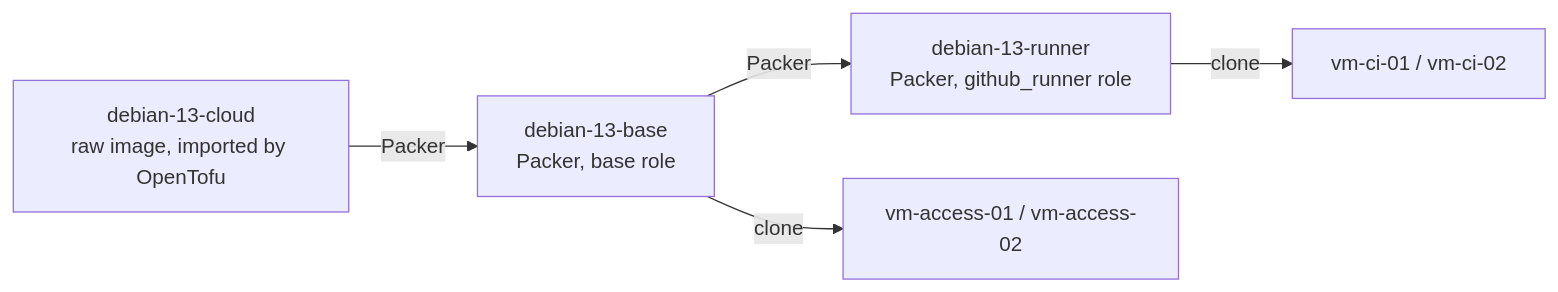
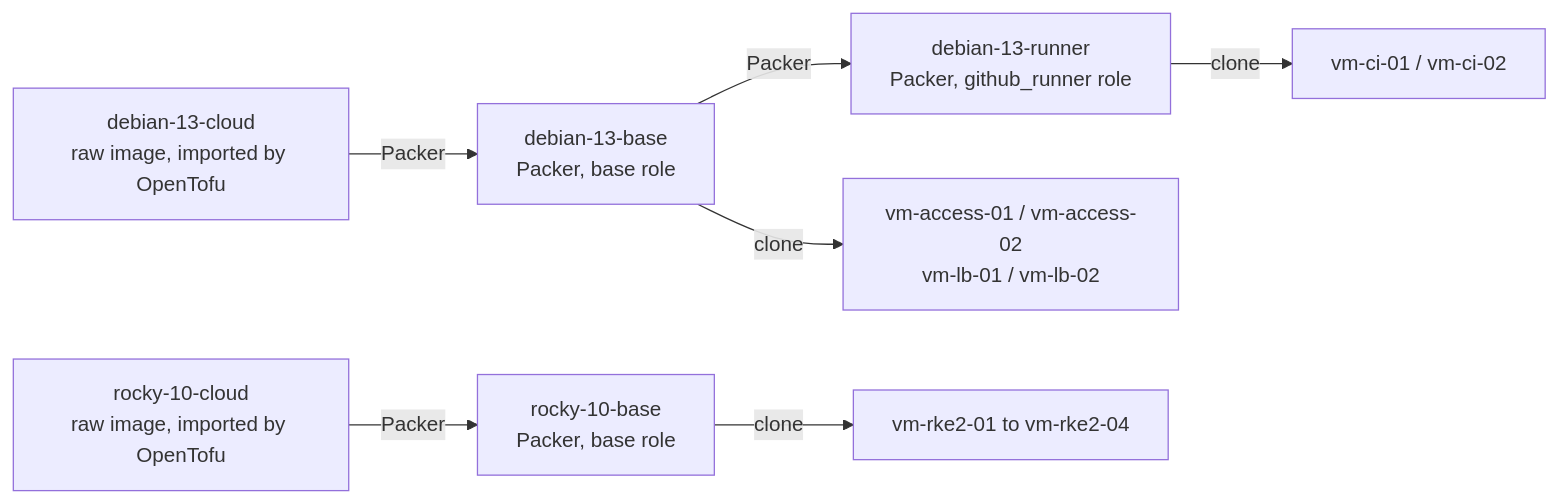
One commit to 0xc0-homelab/infrastructure changed the second of 7 diagrams in docs/architecture.md. Above: the diagram before and after it, drawn with Mermaid. The commit also changed other lines of this file and 82 other files, not shown here.

````diff
--- a/docs/architecture.md
+++ b/docs/architecture.md
@@ -84,11 +78,15 @@
 ```mermaid
 flowchart LR
   cloud["debian-13-cloud<br/>raw image, imported by OpenTofu"]
   base["debian-13-base<br/>Packer, base role"]
   runner["debian-13-runner<br/>Packer, github_runner role"]
+  rcloud["rocky-10-cloud<br/>raw image, imported by OpenTofu"]
+  rbase["rocky-10-base<br/>Packer, base role"]
 
   cloud -- "Packer" --> base
   base -- "Packer" --> runner
-  base -- "clone" --> vmaccess["vm-access-01 / vm-access-02"]
+  rcloud -- "Packer" --> rbase
+  base -- "clone" --> vmaccess["vm-access-01 / vm-access-02<br/>vm-lb-01 / vm-lb-02"]
   runner -- "clone" --> vmci["vm-ci-01 / vm-ci-02"]
+  rbase -- "clone" --> vmrke2["vm-rke2-01 to vm-rke2-04"]
 ```
````
